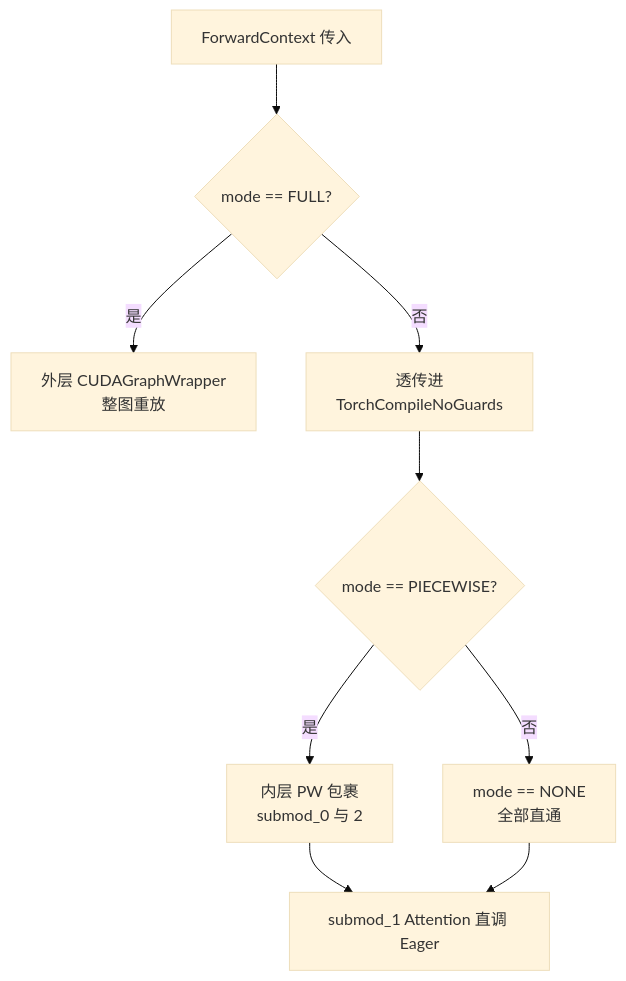
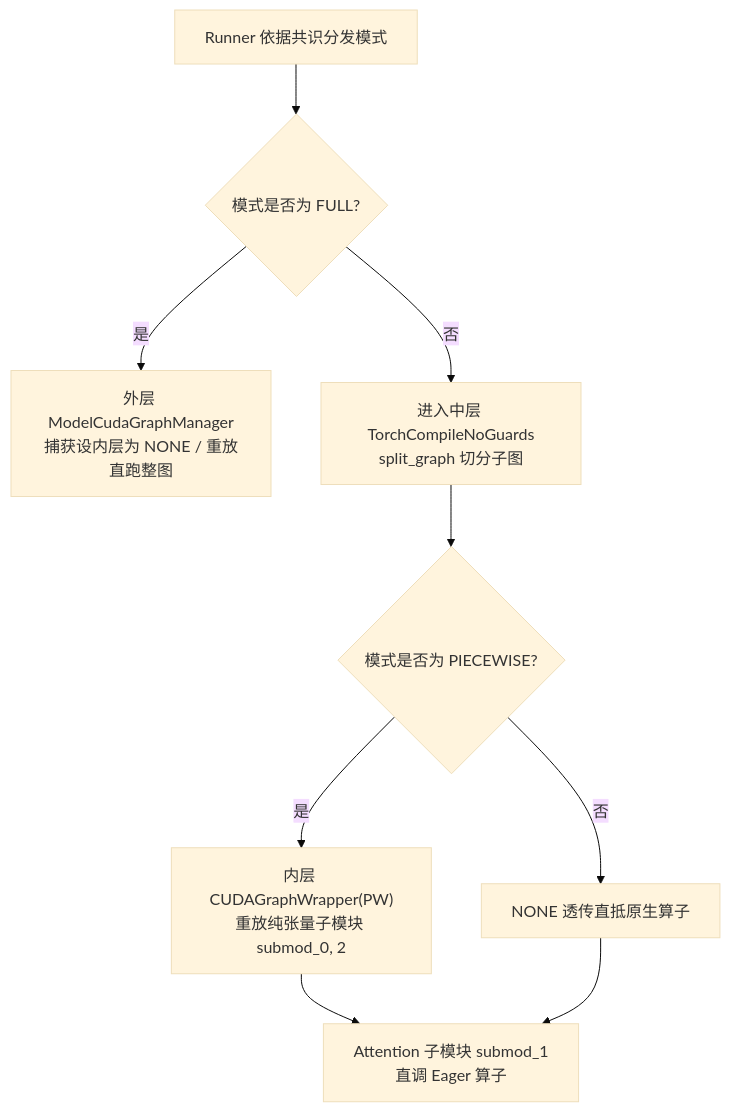
The first of 2 diagrams in src/content/posts/vllm/05-runtime-dispatch-and-nesting/index.mdx (xingcanlee/infra-note), drawn with Mermaid (base theme) before and after one commit. The commit also changed other lines of this file and 22 other files, not shown here.

````diff
--- a/src/content/posts/vllm/05-runtime-dispatch-and-nesting/index.mdx
+++ b/src/content/posts/vllm/05-runtime-dispatch-and-nesting/index.mdx
@@ -32,11 +34,11 @@
-```mermaid caption="图 2：CUDAGraphWrapper 与 TorchCompile 三层嵌套分发决策树"
+```mermaid caption="图 2：三层同心包装与双层静态图壳分发决策树"
 flowchart TD
-    IN["ForwardContext 传入"] --> F{"mode == FULL?"}
-    F -->|是| FR["外层 CUDAGraphWrapper<br/>整图重放"]
-    F -->|否| TC["透传进<br/>TorchCompileNoGuards"]
-    TC --> P{"mode == PIECEWISE?"}
-    P -->|是| PR["内层 PW 包裹<br/>submod_0 与 2"]
-    P -->|否| N["mode == NONE<br/>全部直通"]
-    PR --> AT["submod_1 Attention 直调 Eager"]
-    N --> AT
+    IN["Runner 依据共识分发模式"] --> M{"模式是否为 FULL?"}
+    M -->|是| O["外层 ModelCudaGraphManager<br/>捕获设内层为 NONE / 重放直跑整图"]
+    M -->|否| W["进入中层 TorchCompileNoGuards<br/>split_graph 切分子图"]
+    W --> P{"模式是否为 PIECEWISE?"}
+    P -->|是| PW["内层 CUDAGraphWrapper(PW)<br/>重放纯张量子模块 submod_0, 2"]
+    P -->|否| E["NONE 透传直抵原生算子"]
+    PW --> AT["Attention 子模块 submod_1<br/>直调 Eager 算子"]
+    E --> AT
 ```
````
